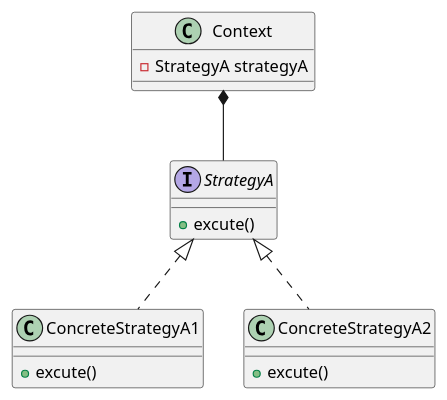
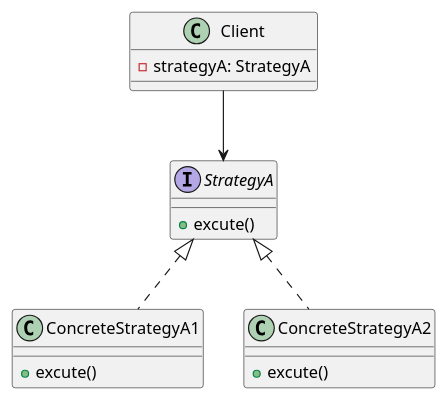
One commit to vomvoru/vomvoru.github.io changed the first of 4 diagrams in _posts/blog/2017-05-17-strategy-pattern.md. Above: the diagram before and after it, drawn with PlantUML. The commit also changed other lines of this file and 2 other files, not shown here.

````diff
--- a/_posts/blog/2017-05-17-strategy-pattern.md
+++ b/_posts/blog/2017-05-17-strategy-pattern.md
@@ -29,21 +29,22 @@
 ```plantuml
-class Context{
-    - StrategyA strategyA
+class Client{
+    -strategyA: StrategyA
 }
 
 interface StrategyA{
-    + excute()
+    +excute()
 }
 
 class ConcreteStrategyA1{
-    + excute()
+    +excute()
 }
 
 class ConcreteStrategyA2{
-    + excute()
+    +excute()
 }
 
-Context *-- StrategyA
-StrategyA <|.. ConcreteStrategyA1
-StrategyA <|.. ConcreteStrategyA2
+Client --> StrategyA
+
+ConcreteStrategyA1 .up.|> StrategyA
+ConcreteStrategyA2 .up.|> StrategyA
 ```
````
